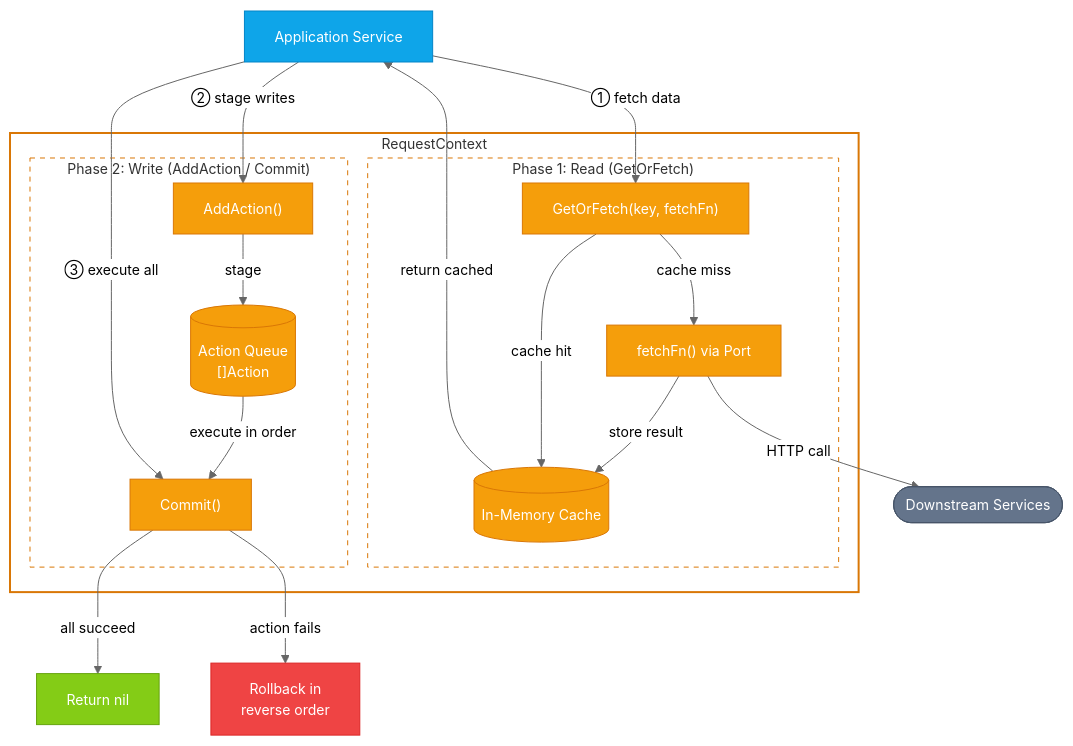
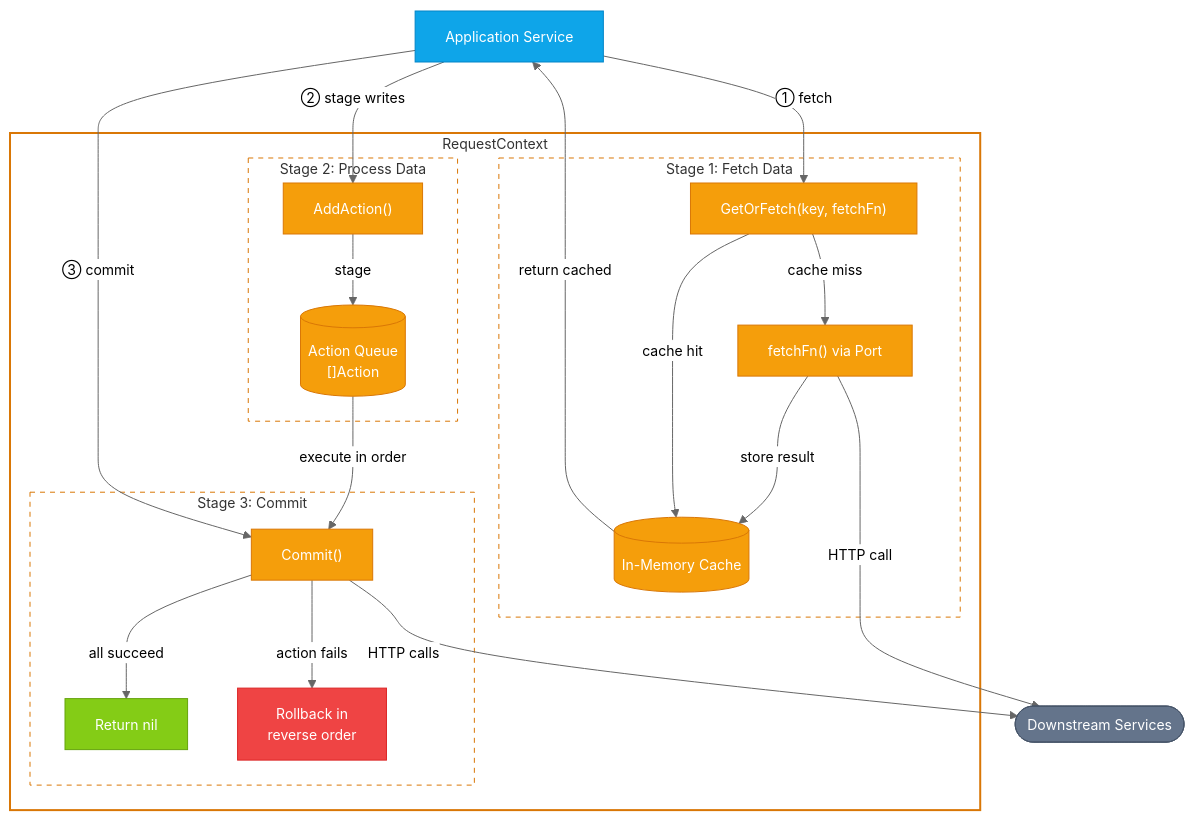
One commit to jsamuelsen11/go-service-template-v2 changed the fourth of 8 diagrams in docs/ARCHITECTURE.md. Above: the diagram before and after it, drawn with Mermaid. The commit also changed other lines of this file and 1 other file, not shown here.

Commit message:
Update Request Context Pattern from two-phase to three-stage
Split the pattern into three distinct stages:
- Stage 1: Fetch Data (GetOrFetch with in-memory caching)
- Stage 2: Process Data (AddAction to stage writes)
- Stage 3: Commit (execute actions with automatic rollback)

Also adds Commit → Downstream connection to show that
commit stage sends writes to external services.

````diff
--- a/docs/ARCHITECTURE.md
+++ b/docs/ARCHITECTURE.md
@@ -995,48 +995,54 @@
 ```mermaid
 %%{init: {'theme': 'neutral', 'themeVariables': { 'fontSize': '14px' }}}%%
 flowchart TB
     AppSvc["Application Service"]
 
     subgraph rc["RequestContext"]
-        subgraph phase1["Phase 1: Read (GetOrFetch)"]
+        subgraph stage1["Stage 1: Fetch Data"]
             GOF["GetOrFetch(key, fetchFn)"]
             Cache[("In-Memory Cache")]
             GOF -->|"cache miss"| FetchFn["fetchFn() via Port"]
             FetchFn -->|"store result"| Cache
             GOF -->|"cache hit"| Cache
         end
 
-        subgraph phase2["Phase 2: Write (AddAction / Commit)"]
+        subgraph stage2["Stage 2: Process Data"]
             AddAct["AddAction()"]
             Queue[("Action Queue<br/>[]Action")]
             AddAct -->|"stage"| Queue
+        end
+
+        subgraph stage3["Stage 3: Commit"]
             Commit["Commit()"]
+            Success["Return nil"]
+            Rollback["Rollback in<br/>reverse order"]
             Queue -->|"execute in order"| Commit
+            Commit -->|"all succeed"| Success
+            Commit -->|"action fails"| Rollback
         end
     end
 
     Downstream(["Downstream Services"])
     FetchFn -->|"HTTP call"| Downstream
+    Commit -->|"HTTP calls"| Downstream
 
-    AppSvc -->|"① fetch data"| GOF
+    AppSvc -->|"① fetch"| GOF
     Cache -->|"return cached"| AppSvc
     AppSvc -->|"② stage writes"| AddAct
-    AppSvc -->|"③ execute all"| Commit
-
-    Commit -->|"all succeed"| Success["Return nil"]
-    Commit -->|"action fails"| Rollback["Rollback in<br/>reverse order"]
+    AppSvc -->|"③ commit"| Commit
 
     style AppSvc fill:#0ea5e9,stroke:#0284c7,color:#fff
     style GOF fill:#f59e0b,stroke:#d97706,color:#fff
     style Cache fill:#f59e0b,stroke:#d97706,color:#fff
     style FetchFn fill:#f59e0b,stroke:#d97706,color:#fff
     style AddAct fill:#f59e0b,stroke:#d97706,color:#fff
     style Queue fill:#f59e0b,stroke:#d97706,color:#fff
     style Commit fill:#f59e0b,stroke:#d97706,color:#fff
     style Downstream fill:#64748b,stroke:#475569,color:#fff
     style Success fill:#84cc16,stroke:#65a30d,color:#fff
     style Rollback fill:#ef4444,stroke:#dc2626,color:#fff
     style rc fill:none,stroke:#d97706,stroke-width:2px
-    style phase1 fill:none,stroke:#d97706,stroke-dasharray: 5 5
-    style phase2 fill:none,stroke:#d97706,stroke-dasharray: 5 5
+    style stage1 fill:none,stroke:#d97706,stroke-dasharray: 5 5
+    style stage2 fill:none,stroke:#d97706,stroke-dasharray: 5 5
+    style stage3 fill:none,stroke:#d97706,stroke-dasharray: 5 5
 ```
````
